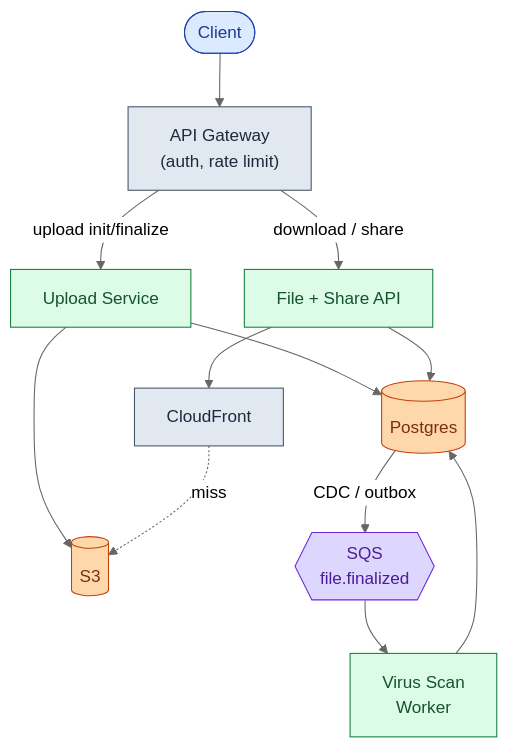
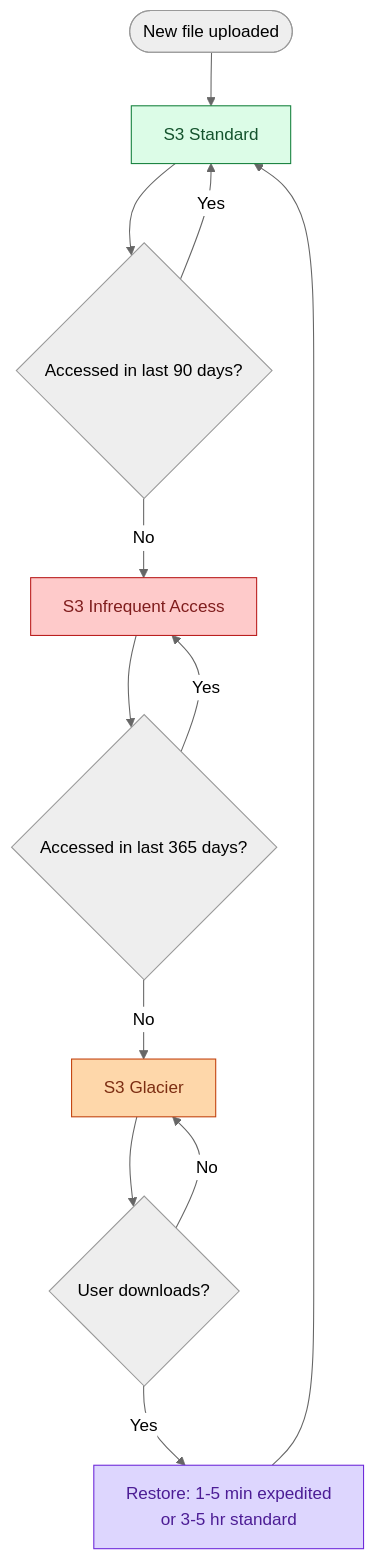
Diagram 11 of 14 in problems/020-file-upload-share/question.md (shiningflash/system-design), drawn with Mermaid (neutral theme) before and after one commit. The commit also changed other lines of this file and 37 other files, not shown here.

````diff
--- a/problems/020-file-upload-share/question.md
+++ b/problems/020-file-upload-share/question.md
@@ -361,21 +439,19 @@
 ```mermaid
-flowchart TB
-    C([Client]):::user --> GW["API Gateway<br/>(auth, rate limit)"]:::edge
-    GW -->|upload init/finalize| US["Upload Service"]:::app
-    GW -->|download / share| FA["File + Share API"]:::app
-    US --> DB[("Postgres")]:::db
-    US --> S3[("S3")]:::db
-    FA --> DB
-    FA --> CF["CloudFront"]:::edge
-    CF -.miss.-> S3
+flowchart TD
+    A([New file uploaded]) --> B["S3 Standard"]:::app
+    B --> C{Accessed in last 90 days?}
+    C -->|Yes| B
+    C -->|No| D["S3 Infrequent Access"]:::cache
+    D --> E{Accessed in last 365 days?}
+    E -->|Yes| D
+    E -->|No| F["S3 Glacier"]:::db
+    F --> G{User downloads?}
+    G -->|No| F
+    G -->|Yes| H["Restore: 1-5 min expedited<br/>or 3-5 hr standard"]:::queue
+    H --> B
 
-    DB -->|CDC / outbox| Q{{"SQS<br/>file.finalized"}}:::queue
-    Q --> VS["Virus Scan<br/>Worker"]:::app
-    VS --> DB
-
-    classDef user  fill:#dbeafe,stroke:#1e40af,color:#1e3a8a
-    classDef edge  fill:#e2e8f0,stroke:#475569,color:#1e293b
     classDef app   fill:#dcfce7,stroke:#15803d,color:#14532d
+    classDef cache fill:#fecaca,stroke:#b91c1c,color:#7f1d1d
     classDef db    fill:#fed7aa,stroke:#c2410c,color:#7c2d12
     classDef queue fill:#ddd6fe,stroke:#6d28d9,color:#4c1d95
 ```
````
